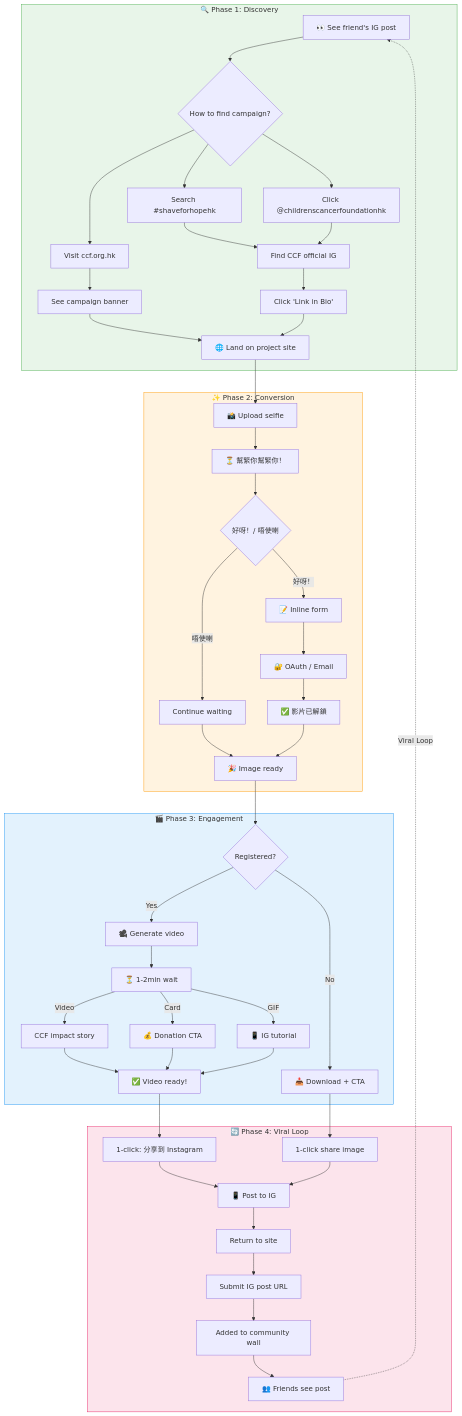
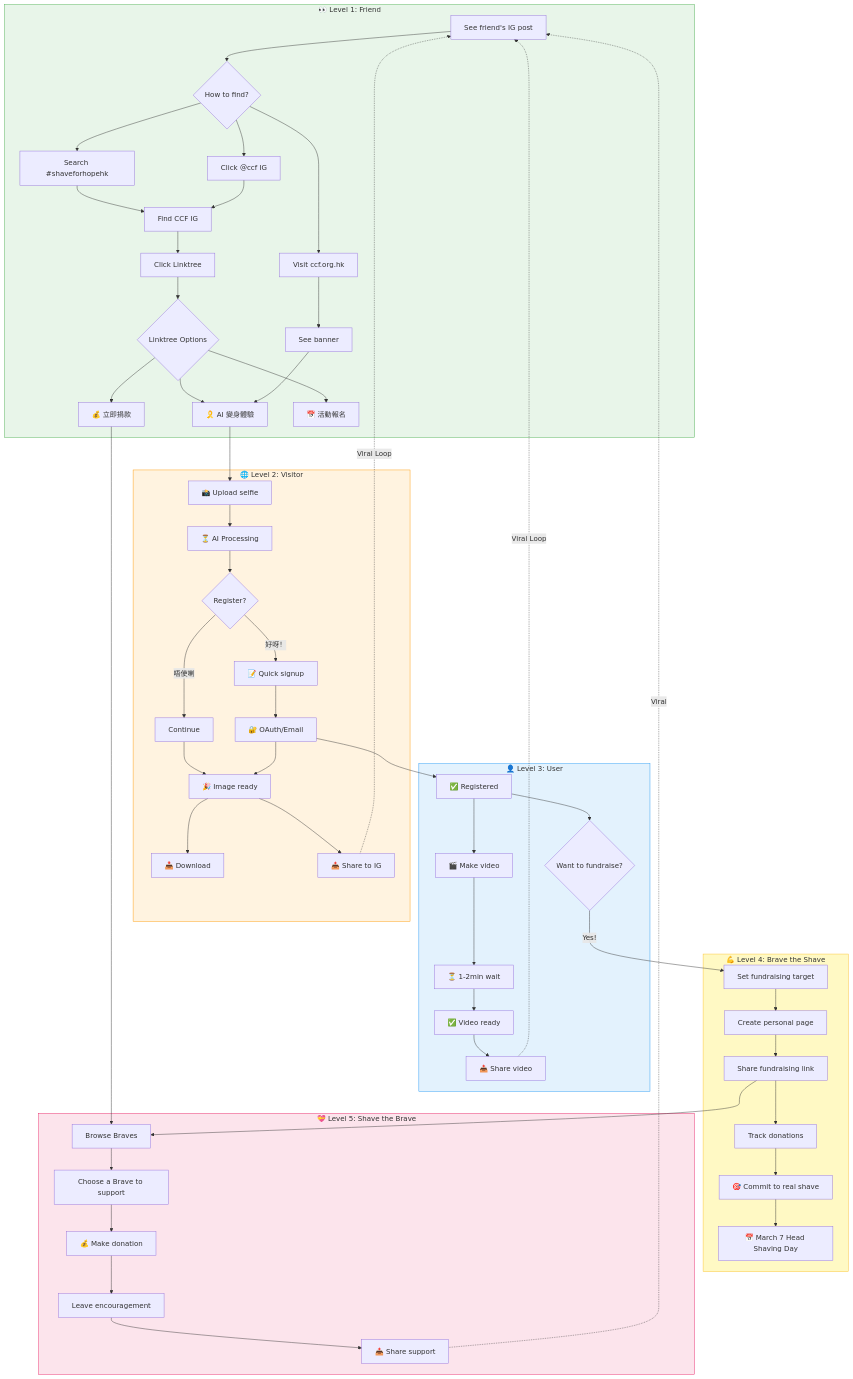
The second of 2 diagrams in documents/2026-01-06-shave-for-hope-user-journey.md (ZorroCheng-MC/sharehub), drawn with Mermaid before and after one commit. The commit also changed other lines of this file, not shown here.

Commit message:
Publish: 剃亮希望 User Journey Strategy
- Published documents/2026-01-06-shave-for-hope-user-journey.md
- Copied associated images
- Converted image paths for GitHub Pages

🤖 Generated with Claude Code

````diff
--- a/documents/2026-01-06-shave-for-hope-user-journey.md
+++ b/documents/2026-01-06-shave-for-hope-user-journey.md
@@ -451,55 +463,68 @@
 ```mermaid
 flowchart TB
-    subgraph Discovery["🔍 Phase 1: Discovery"]
-        A["👀 See friend's IG post"] --> B{"How to find campaign?"}
+    subgraph Friend["👀 Level 1: Friend"]
+        A["See friend's IG post"] --> B{"How to find?"}
         B --> C["Search #shaveforhopehk"]
-        B --> D["Click @childrenscancerfoundationhk"]
+        B --> D["Click @ccf IG"]
         B --> E["Visit ccf.org.hk"]
-        C --> F["Find CCF official IG"]
+        C --> F["Find CCF IG"]
         D --> F
-        E --> E2["See campaign banner"]
+        E --> E2["See banner"]
+        F --> F2["Click Linktree"]
+        F2 --> LT{"Linktree Options"}
+        LT --> G["🎗️ AI 變身體驗"]
+        LT --> DON["💰 立即捐款"]
+        LT --> EVT["📅 活動報名"]
         E2 --> G
-        F --> F2["Click 'Link in Bio'"]
-        F2 --> G["🌐 Land on project site"]
     end
 
-    subgraph Conversion["✨ Phase 2: Conversion"]
+    subgraph Visitor["🌐 Level 2: Visitor"]
         G --> H["📸 Upload selfie"]
-        H --> I["⏳ 幫緊你幫緊你！"]
-        I --> J{"好呀！/ 唔使喇"}
-        J --> |"好呀！"| K["📝 Inline form"]
-        J --> |"唔使喇"| L["Continue waiting"]
-        K --> M["🔐 OAuth / Email"]
-        M --> N["✅ 影片已解鎖"]
+        H --> I["⏳ AI Processing"]
+        I --> J{"Register?"}
+        J --> |"好呀！"| K["📝 Quick signup"]
+        J --> |"唔使喇"| L["Continue"]
+        K --> M["🔐 OAuth/Email"]
         L --> O["🎉 Image ready"]
-        N --> O
+        M --> O
+        O --> P["📥 Download"]
+        O --> Q["📤 Share to IG"]
     end
 
-    subgraph Engagement["🎬 Phase 3: Engagement"]
-        O --> P{"Registered?"}
-        P --> |"Yes"| Q["🎥 Generate video"]
-        P --> |"No"| R["📥 Download + CTA"]
-        Q --> S["⏳ 1-2min wait"]
-        S --> |"Video"| T["CCF impact story"]
-        S --> |"Card"| U["💰 Donation CTA"]
-        S --> |"GIF"| V["📱 IG tutorial"]
-        T & U & V --> X["✅ Video ready!"]
+    subgraph User["👤 Level 3: User"]
+        M --> U1["✅ Registered"]
+        U1 --> U2["🎬 Make video"]
+        U2 --> U3["⏳ 1-2min wait"]
+        U3 --> U4["✅ Video ready"]
+        U4 --> U5["📤 Share video"]
+        U1 --> U6{"Want to fundraise?"}
     end
 
-    subgraph Viral["🔄 Phase 4: Viral Loop"]
-        X --> Y["1-click: 分享到 Instagram"]
-        R --> Y2["1-click share image"]
-        Y --> Z["📱 Post to IG"]
-        Y2 --> Z
-        Z --> AA["Return to site"]
-        AA --> AB["Submit IG post URL"]
-        AB --> AC["Added to community wall"]
-        AC --> AD["👥 Friends see post"]
-        AD -.-> |"Viral Loop"| A
+    subgraph Brave["💪 Level 4: Brave the Shave"]
+        U6 --> |"Yes!"| B1["Set fundraising target"]
+        B1 --> B2["Create personal page"]
+        B2 --> B3["Share fundraising link"]
+        B3 --> B4["Track donations"]
+        B4 --> B5["🎯 Commit to real shave"]
+        B5 --> B6["📅 March 7 Head Shaving Day"]
     end
 
-    style Discovery fill:#e8f5e9,stroke:#4caf50
-    style Conversion fill:#fff3e0,stroke:#ff9800
-    style Engagement fill:#e3f2fd,stroke:#2196f3
-    style Viral fill:#fce4ec,stroke:#e91e63
+    subgraph Supporter["💝 Level 5: Shave the Brave"]
+        DON --> S1["Browse Braves"]
+        B3 --> S1
+        S1 --> S2["Choose a Brave to support"]
+        S2 --> S3["💰 Make donation"]
+        S3 --> S4["Leave encouragement"]
+        S4 --> S5["📤 Share support"]
+        S5 -.-> |"Viral"| A
+    end
+
+    Q -.-> |"Viral Loop"| A
+    U5 -.-> |"Viral Loop"| A
+
+    style Friend fill:#e8f5e9,stroke:#4caf50
+    style Visitor fill:#fff3e0,stroke:#ff9800
+    style User fill:#e3f2fd,stroke:#2196f3
+    style Brave fill:#fff9c4,stroke:#fbc02d
+    style Supporter fill:#fce4ec,stroke:#e91e63
 ```
````
